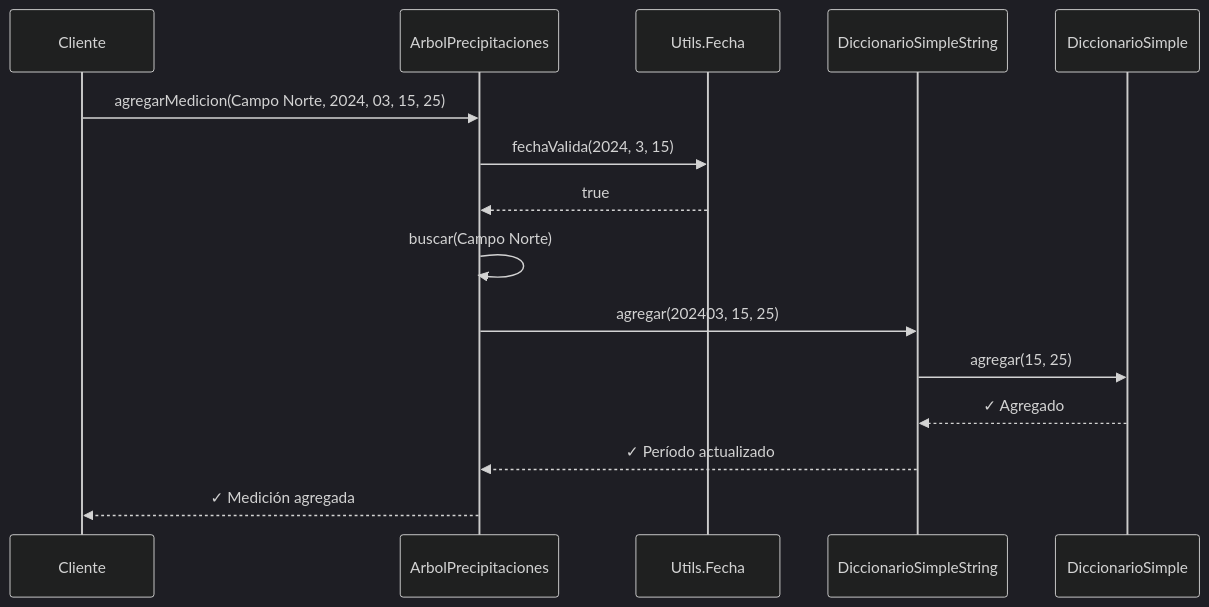
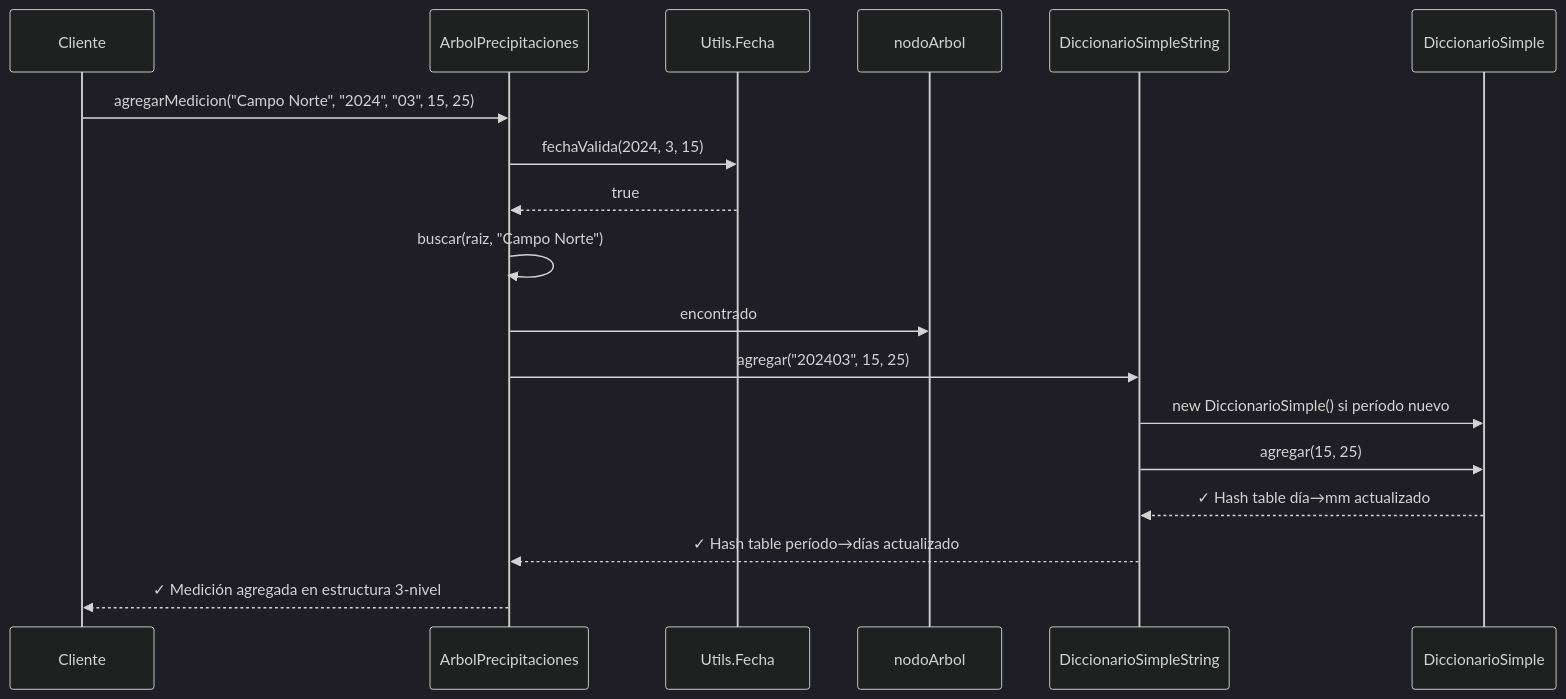
One commit to pybalt/algo2 changed diagram 15 of 17 in tp-final/README_IMPLEMENTACIONES.md. Above: the diagram before and after it, drawn with Mermaid. The commit also changed other lines of this file, not shown here.

Commit message:
Revise README_IMPLEMENTACIONES.md to update data structure descriptions, enhance diagram clarity, and improve overall organization. Key changes include restructuring sections on data hierarchies, refining hash table explanations, and optimizing visual elements for better readability.

````diff
--- a/tp-final/README_IMPLEMENTACIONES.md
+++ b/tp-final/README_IMPLEMENTACIONES.md
@@ -394,19 +403,22 @@
 ```mermaid
 %%{init: {'theme':'dark'}}%%
 sequenceDiagram
     participant C as Cliente
     participant A as ArbolPrecipitaciones
     participant U as Utils.Fecha
-    participant D as DiccionarioSimpleString
-    participant DS as DiccionarioSimple
+    participant N as nodoArbol
+    participant DS as DiccionarioSimpleString
+    participant D as DiccionarioSimple
     
-    C->>A: agregarMedicion(Campo Norte, 2024, 03, 15, 25)
+    C->>A: agregarMedicion("Campo Norte", "2024", "03", 15, 25)
     A->>U: fechaValida(2024, 3, 15)
     U-->>A: true
-    A->>A: buscar(Campo Norte)
-    A->>D: agregar(202403, 15, 25)
-    D->>DS: agregar(15, 25)
-    DS-->>D: ✓ Agregado
-    D-->>A: ✓ Período actualizado
-    A-->>C: ✓ Medición agregada
+    A->>A: buscar(raiz, "Campo Norte")
+    A->>N: encontrado
+    A->>DS: agregar("202403", 15, 25)
+    DS->>D: new DiccionarioSimple() si período nuevo
+    DS->>D: agregar(15, 25)
+    D-->>DS: ✓ Hash table día→mm actualizado
+    DS-->>A: ✓ Hash table período→días actualizado
+    A-->>C: ✓ Medición agregada en estructura 3-nivel
 ```
````
